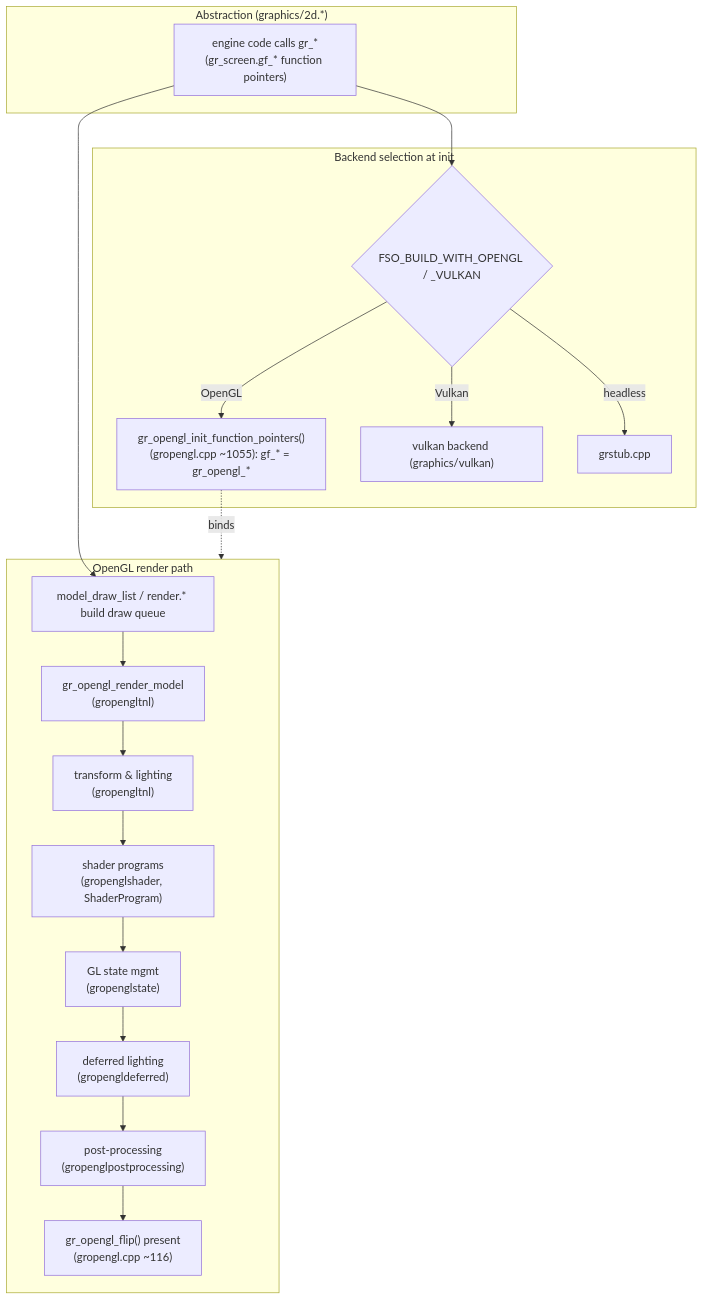
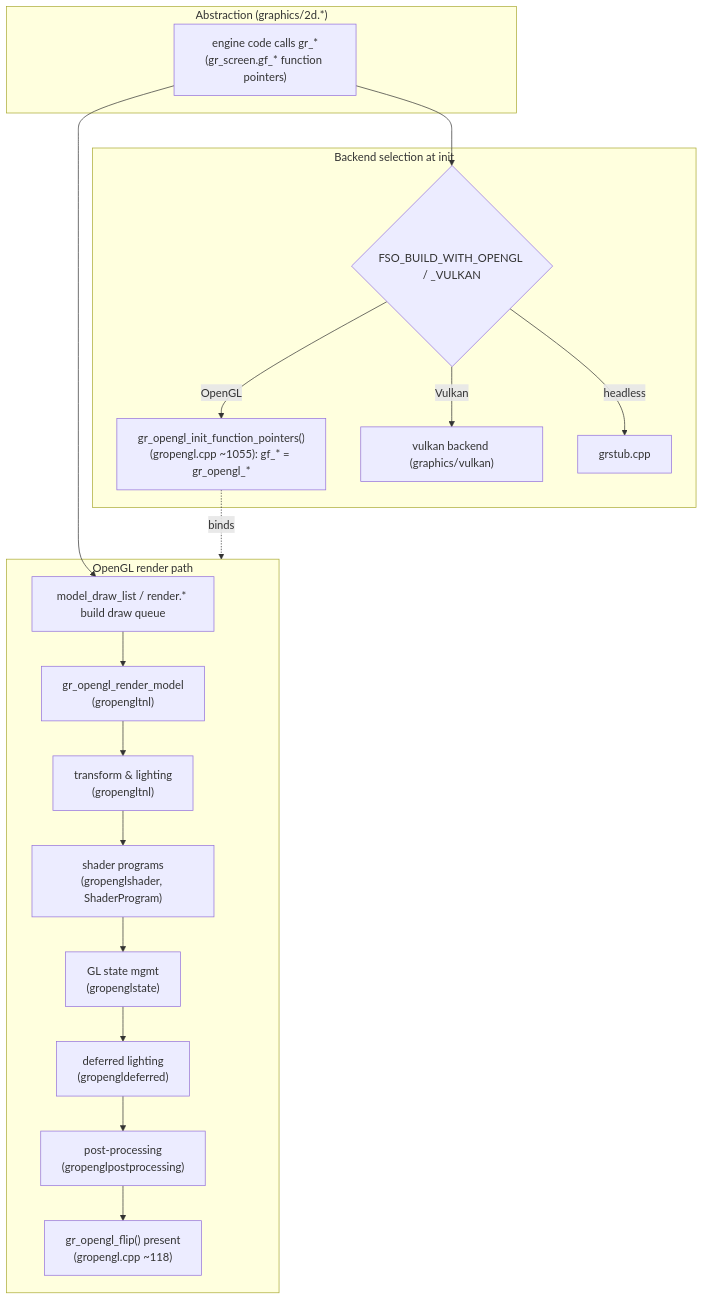
One commit to scp-fs2open/fs2open.github.com changed the diagram in documentation/modules/graphics.md. Above: the diagram before and after it, drawn with Mermaid. The commit also changed 7 other files, not shown here.

````diff
--- a/documentation/modules/graphics.md
+++ b/documentation/modules/graphics.md
@@ -38,25 +38,25 @@
 ```mermaid
 flowchart TD
     subgraph ABS["Abstraction (graphics/2d.*)"]
         engine["engine code calls gr_*<br/>(gr_screen.gf_* function pointers)"]
     end
     subgraph INIT["Backend selection at init"]
         sel{"FSO_BUILD_WITH_OPENGL / _VULKAN"}
         sel -->|OpenGL| oglinit["gr_opengl_init_function_pointers()<br/>(gropengl.cpp ~1055): gf_* = gr_opengl_*"]
         sel -->|Vulkan| vkinit["vulkan backend (graphics/vulkan)"]
         sel -->|headless| stub["grstub.cpp"]
     end
     engine --> sel
 
     subgraph OGL["OpenGL render path"]
         draw["model_draw_list / render.* build draw queue"] --> rm["gr_opengl_render_model<br/>(gropengltnl)"]
         rm --> tnl["transform & lighting<br/>(gropengltnl)"]
         tnl --> sh["shader programs<br/>(gropenglshader, ShaderProgram)"]
         sh --> st["GL state mgmt<br/>(gropenglstate)"]
         st --> def["deferred lighting<br/>(gropengldeferred)"]
         def --> post["post-processing<br/>(gropenglpostprocessing)"]
-        post --> flip["gr_opengl_flip() present<br/>(gropengl.cpp ~116)"]
+        post --> flip["gr_opengl_flip() present<br/>(gropengl.cpp ~118)"]
     end
     oglinit -.binds.-> OGL
     engine --> draw
 ```
````
